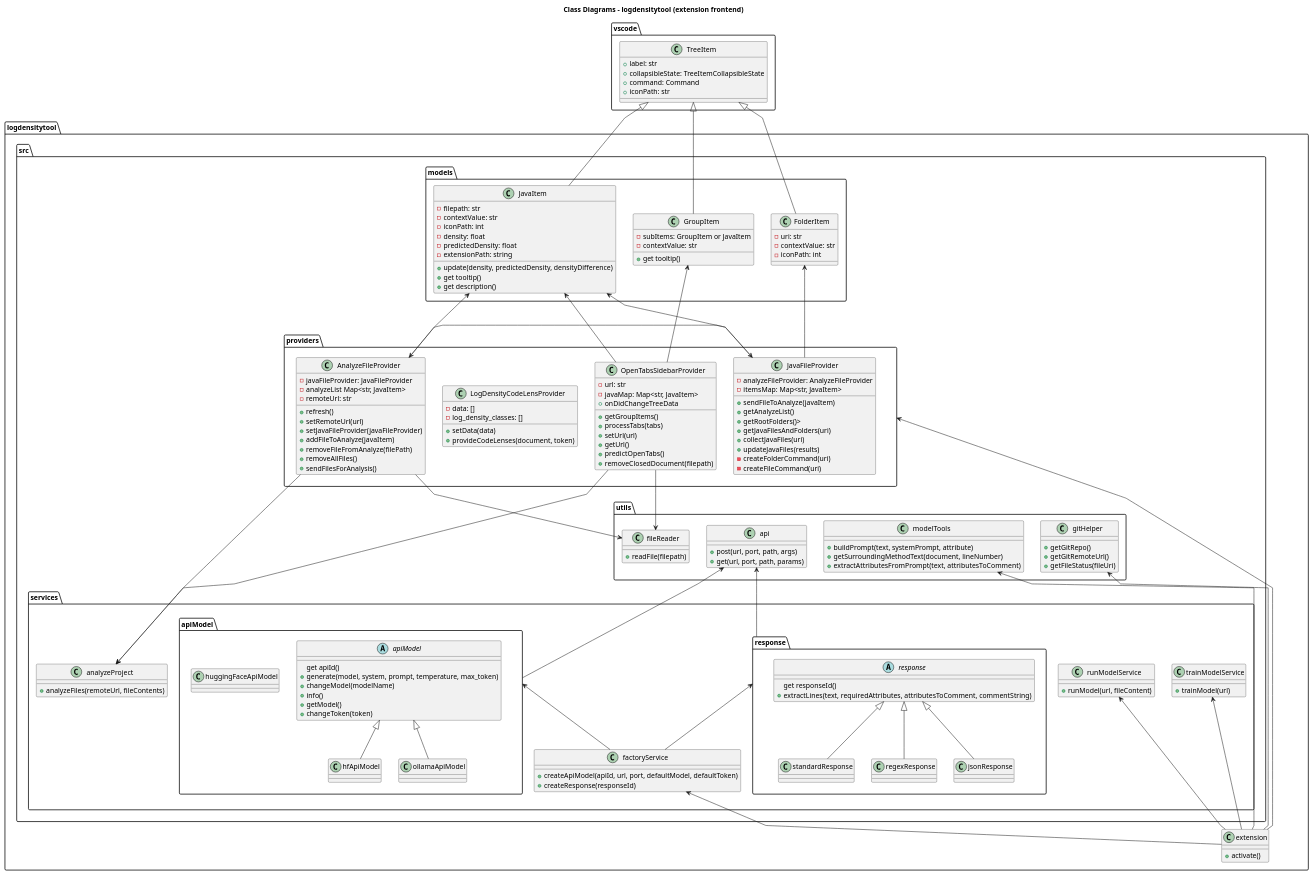
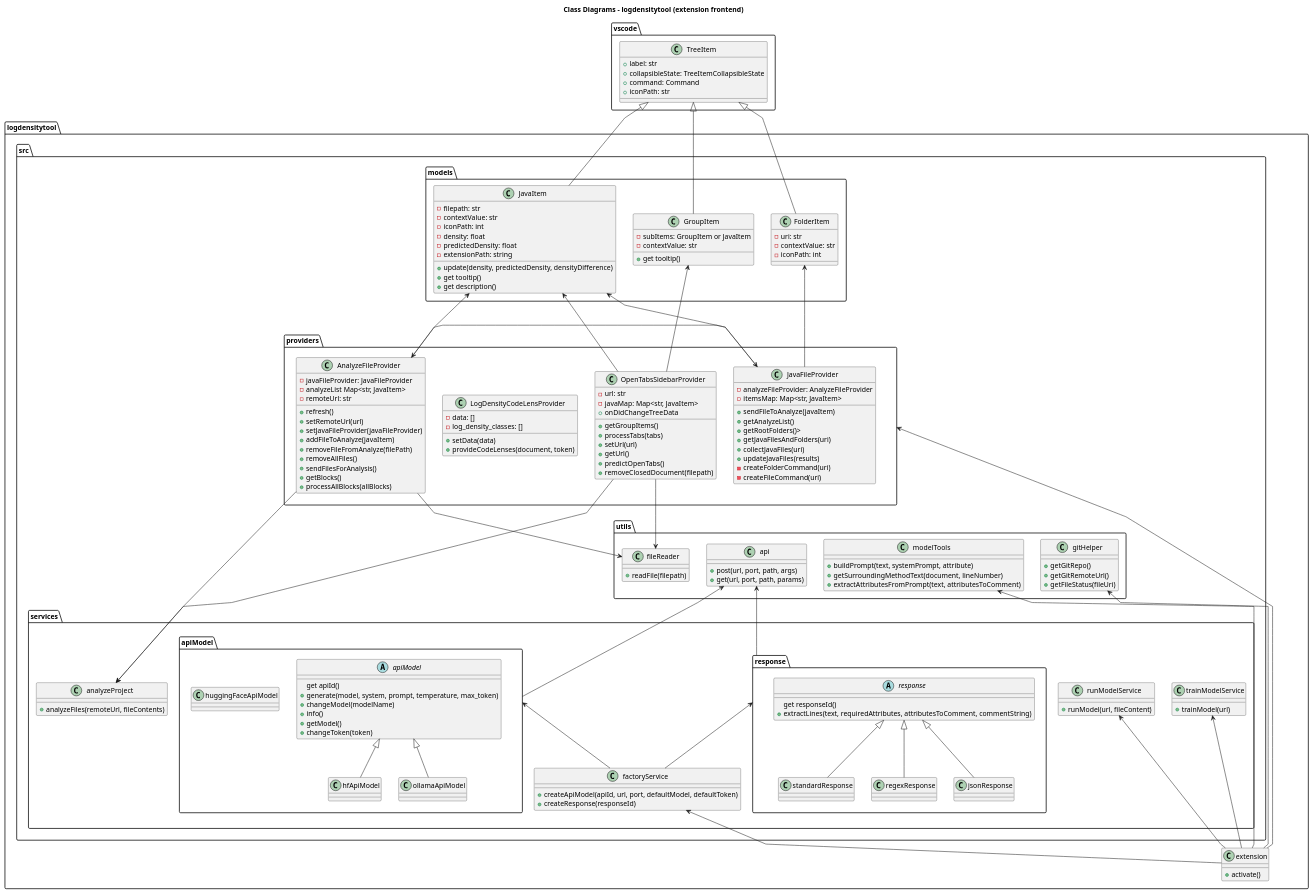
Before and after one commit to lucas-cimino/log-density-plugin-h25: the diagram in docs/resources/artifacts/class - extension.puml, drawn with PlantUML.

Commit message:
Add some methods

```diff
--- a/docs/resources/artifacts/class - extension.puml
+++ b/docs/resources/artifacts/class - extension.puml
@@ -1,192 +1,194 @@
 @startuml class - extension
 skinparam linetype polyline
 
 title Class Diagrams - logdensitytool (extension frontend)
 
 class vscode.TreeItem {
   +label: str
   +collapsibleState: TreeItemCollapsibleState
   +command: Command
   +iconPath: str
 }
 
 package logdensitytool {
     package src {
         package models {
             class FolderItem {
                 -uri: str
                 -contextValue: str
                 -iconPath: int
             }
 
             class GroupItem {
                 -subItems: GroupItem or JavaItem
                 -contextValue: str
                 +get tooltip()
             }
 
             class JavaItem {
                 -filepath: str
                 -contextValue: str
                 -iconPath: int
                 -density: float
                 -predictedDensity: float
                 -extensionPath: string
                 +update(density, predictedDensity, densityDifference)
                 +get tooltip()
                 +get description()
             }
 
             vscode.TreeItem <|-- FolderItem
             vscode.TreeItem <|-- GroupItem
             vscode.TreeItem <|-- JavaItem
         }
 
         package services {
             class analyzeProject {
                 +analyzeFiles(remoteUrl, fileContents)
             }
 
             class runModelService {
                 +runModel(url, fileContent)
             }
 
             class trainModelService {
                 +trainModel(url)
             }
             package apiModel {
                 abstract class apiModel{
                     get apiId()
                     +generate(model, system, prompt, temperature, max_token)
                     +changeModel(modelName)
                     +info()
                     +getModel()
                     +changeToken(token)
 
                 }
                 class huggingFaceApiModel
                 class ollamaApiModel
 
                 apiModel <|-- hfApiModel
                 apiModel <|-- ollamaApiModel
             }
             package response {
                 abstract class response{
                     get responseId()
                     +extractLines(text, requiredAttributes, attributesToComment, commentString)
                 }
                 class standardResponse 
                 class regexResponse
                 class jsonResponse
 
                 response <|-- standardResponse 
                 response <|-- regexResponse
                 response <|-- jsonResponse
             }
             class factoryService {
                 +createApiModel(apiId, url, port, defaultModel, defaultToken)
                 +createResponse(responseId)
             }
 
             response <-- factoryService
             apiModel <-- factoryService
         }
 
         package utils {
             class fileReader {
                 +readFile(filepath)
             }
 
             class gitHelper {
                 +getGitRepo()
                 +getGitRemoteUrl()
                 +getFileStatus(fileUri)
             }
             class api {
                 +post(url, port, path, args)
                 +get(url, port, path, params)
             }
             class modelTools {
                 +buildPrompt(text, systemPrompt, attribute)
                 +getSurroundingMethodText(document, lineNumber)
                 +extractAttributesFromPrompt(text, attributesToComment) 
             }
         }
         
         package providers {
             class LogDensityCodeLensProvider {
                 -data: []
                 -log_density_classes: []
                 +setData(data)
                 +provideCodeLenses(document, token)
             }
 
             class AnalyzeFileProvider {
                 -javaFileProvider: JavaFileProvider
                 -analyzeList Map<str, JavaItem>
                 -remoteUrl: str
                 +refresh()
                 +setRemoteUrl(url)
                 +setJavaFileProvider(javaFileProvider)
                 +addFileToAnalyze(javaItem)
                 +removeFileFromAnalyze(filePath)
                 +removeAllFiles()
                 +sendFilesForAnalysis()
+                +getBlocks()
+                +processAllBlocks(allBlocks)
             }
             AnalyzeFileProvider <-> JavaFileProvider
 
             class JavaFileProvider {
                 -analyzeFileProvider: AnalyzeFileProvider
                 -itemsMap: Map<str, JavaItem>
                 +sendFileToAnalyze(javaItem)
                 +getAnalyzeList()
                 +getRootFolders()>
                 +getJavaFilesAndFolders(uri)
                 +collectJavaFiles(uri)
                 +updateJavaFiles(results)
                 -createFolderCommand(uri)
                 -createFileCommand(uri)
             }
 
             class OpenTabsSidebarProvider {
                 -url: str
                 -javaMap: Map<str, JavaItem>
                 +onDidChangeTreeData
                 +getGroupItems()
                 +processTabs(tabs)
                 +setUrl(url)
                 +getUrl()
                 +predictOpenTabs()
                 +removeClosedDocument(filepath)
             }
         }
     }
 
     class extension {
         +activate()
     }
 
     extension -u-> trainModelService
     extension -u-> runModelService
     extension -u-> gitHelper
     extension -u-> providers
     extension -u-> factoryService
     extension -u-> modelTools
 
     src.services.apiModel -u-> api
     src.services.response -u-> api      
 
     AnalyzeFileProvider --> analyzeProject
     AnalyzeFileProvider --> fileReader
     AnalyzeFileProvider -u--> JavaItem
 
     JavaFileProvider -u--> FolderItem
     JavaFileProvider -u--> JavaItem
 
     OpenTabsSidebarProvider -u--> GroupItem
     OpenTabsSidebarProvider -u--> JavaItem
     OpenTabsSidebarProvider --> analyzeProject
     OpenTabsSidebarProvider --> fileReader
 }
 
 @enduml
```
